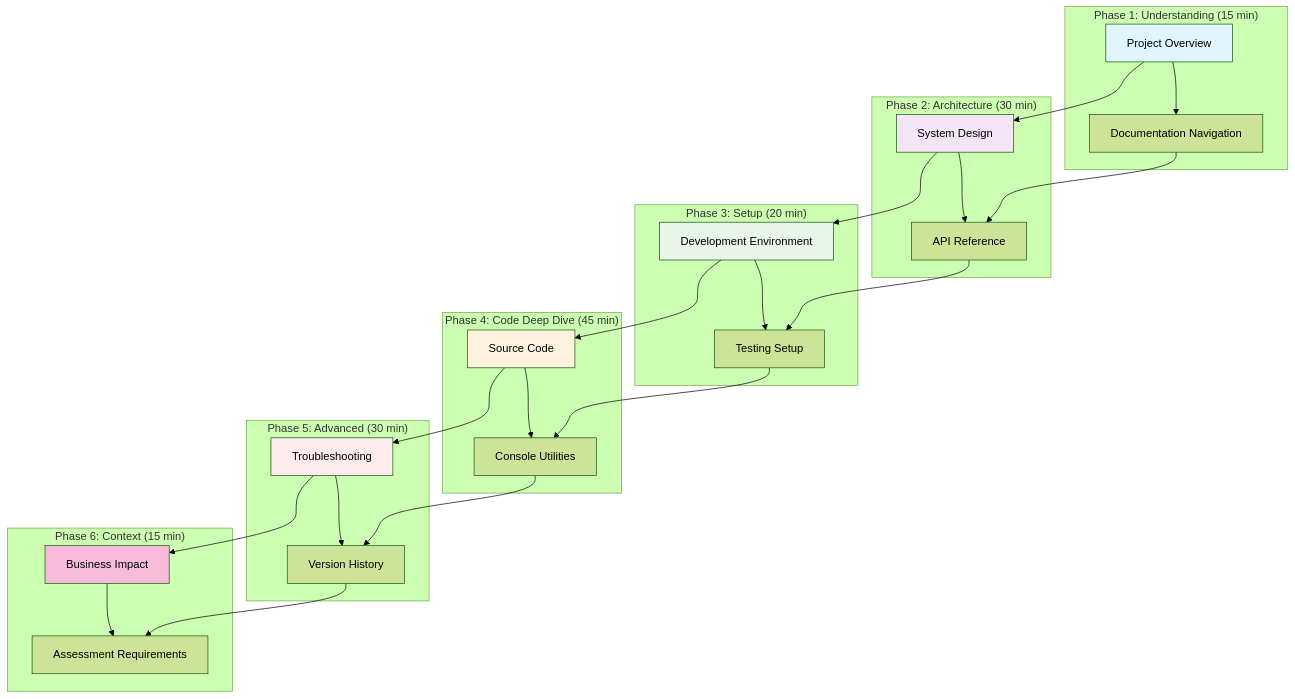
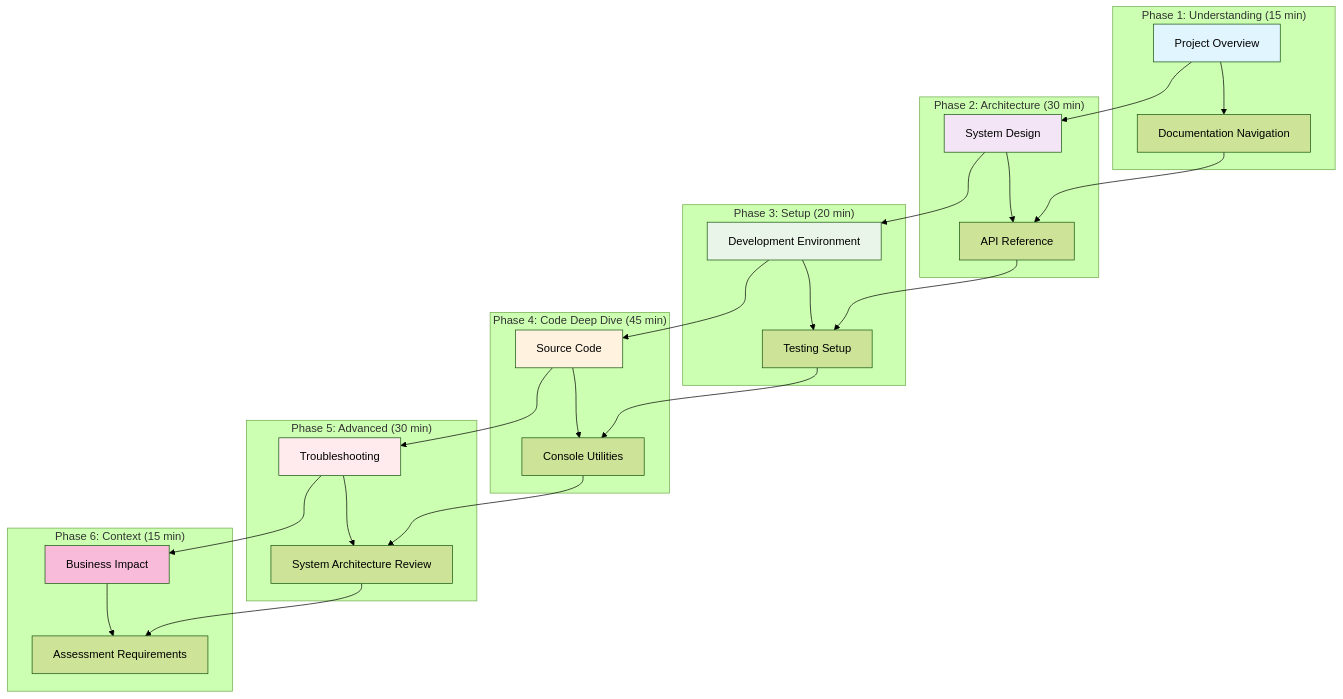
Before and after one commit to Interlaken0/temperature-plotter: the third of 6 diagrams in docs/COMPLETE-DOCUMENTATION-GUIDE.md, drawn with Mermaid (forest theme). The commit also changed other lines of this file and 5 other files, not shown here.

````diff
--- a/docs/COMPLETE-DOCUMENTATION-GUIDE.md
+++ b/docs/COMPLETE-DOCUMENTATION-GUIDE.md
@@ -148,44 +136,44 @@
 ```mermaid
 graph TB
     subgraph "Phase 1: Understanding (15 min)"
         A[Project Overview] --> B[Documentation Navigation]
     end
     
     subgraph "Phase 2: Architecture (30 min)"
         C[System Design] --> D[API Reference]
     end
     
     subgraph "Phase 3: Setup (20 min)"
         E[Development Environment] --> F[Testing Setup]
     end
     
     subgraph "Phase 4: Code Deep Dive (45 min)"
         G[Source Code] --> H[Console Utilities]
     end
     
     subgraph "Phase 5: Advanced (30 min)"
-        I[Troubleshooting] --> J[Version History]
+        I[Troubleshooting] --> J[System Architecture Review]
     end
     
     subgraph "Phase 6: Context (15 min)"
         K[Business Impact] --> L[Assessment Requirements]
     end
     
     A --> C
     B --> D
     C --> E
     D --> F
     E --> G
     F --> H
     G --> I
     H --> J
     I --> K
     J --> L
     
     style A fill:#e1f5fe,color:#000000
     style C fill:#f3e5f5,color:#000000
     style E fill:#e8f5e8,color:#000000
     style G fill:#fff3e0,color:#000000
     style I fill:#ffebee,color:#000000
     style K fill:#f8bbd9,color:#000000
 ```
````
